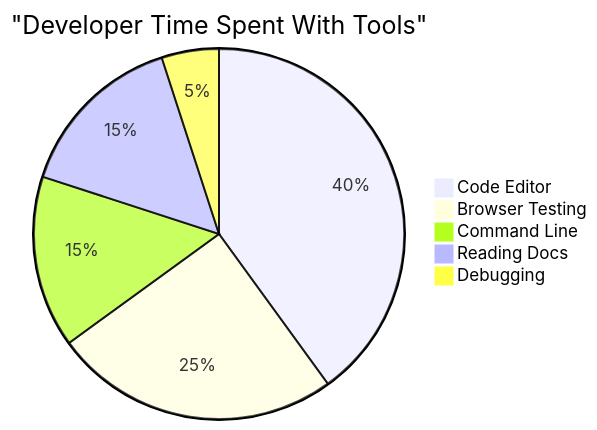
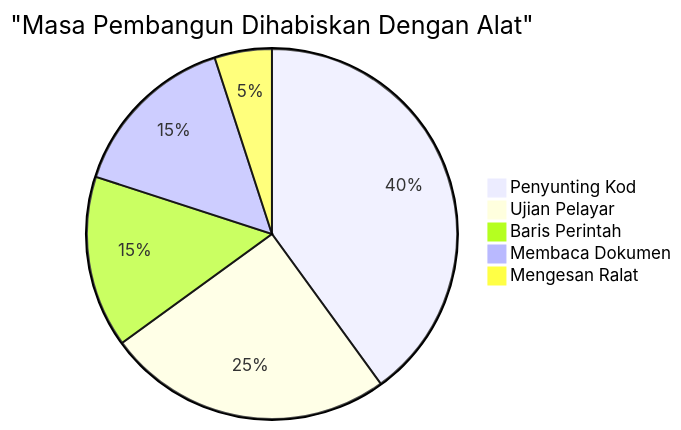
The sixth of 7 diagrams in translations/ms/1-getting-started-lessons/1-intro-to-programming-languages/README.md (microsoft/Web-Dev-For-Beginners), drawn with Mermaid before and after one commit. The commit also changed other lines of this file and 11 other files, not shown here.

````diff
--- a/translations/ms/1-getting-started-lessons/1-intro-to-programming-languages/README.md
+++ b/translations/ms/1-getting-started-lessons/1-intro-to-programming-languages/README.md
@@ -715,8 +713,8 @@
 ```mermaid
-pie title "Developer Time Spent With Tools"
-    "Code Editor" : 40
-    "Browser Testing" : 25
-    "Command Line" : 15
-    "Reading Docs" : 15
-    "Debugging" : 5
+pie title "Masa Pembangun Dihabiskan Dengan Alat"
+    "Penyunting Kod" : 40
+    "Ujian Pelayar" : 25
+    "Baris Perintah" : 15
+    "Membaca Dokumen" : 15
+    "Mengesan Ralat" : 5
 ```
````
